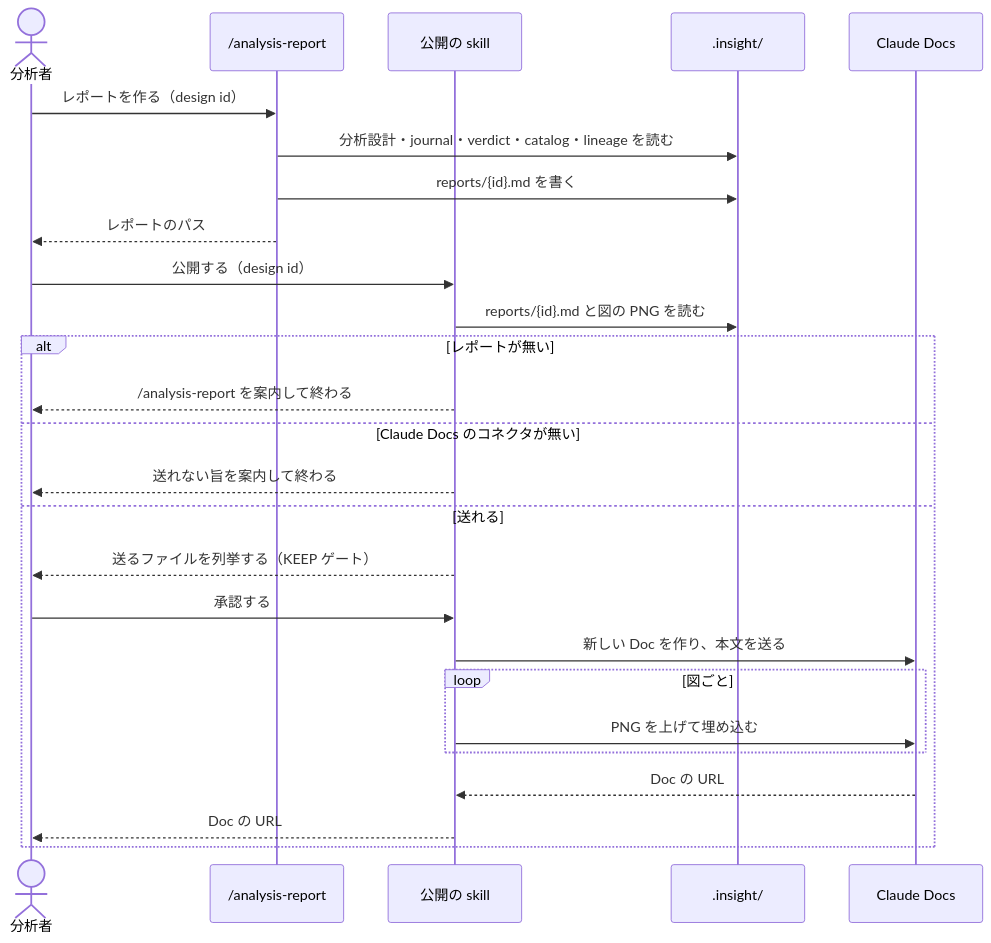
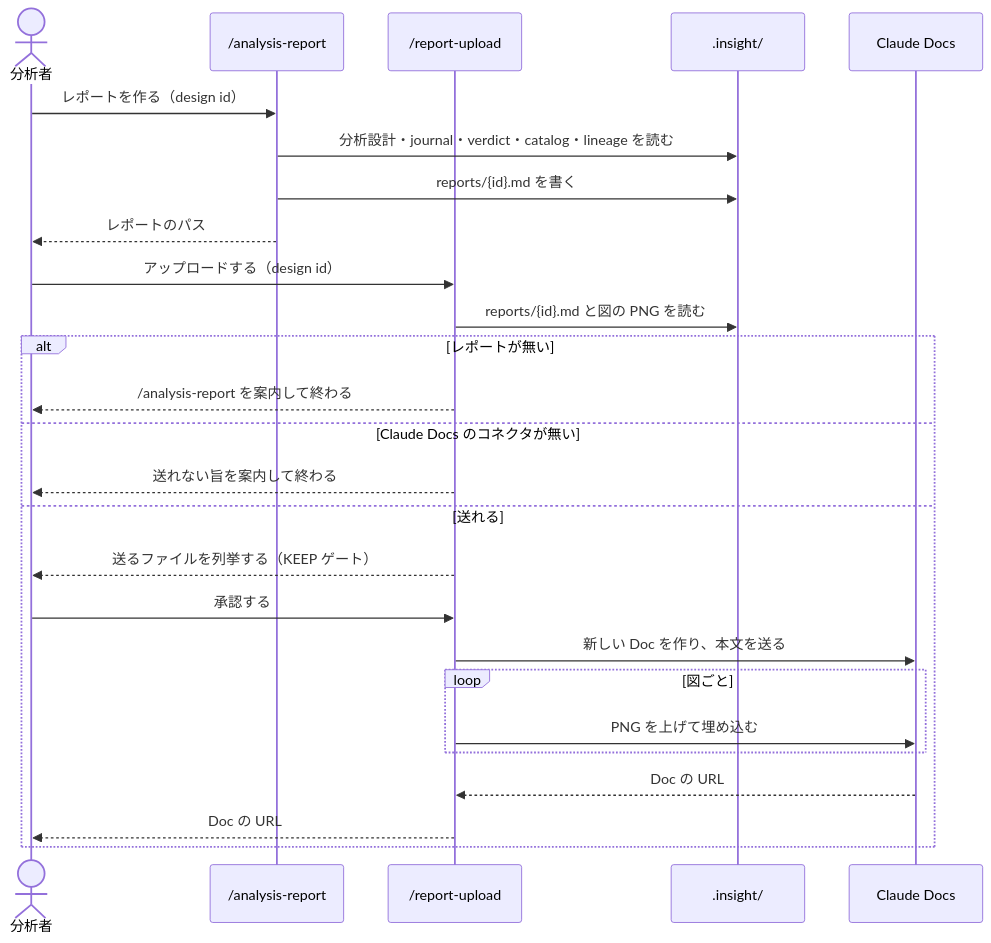
Before and after one commit to etoyama/insight-blueprint-skills: the fourth of 4 diagrams in docs/design/epic-12-decision-ready-report.md, drawn with Mermaid. The commit also changed other lines of this file and 1 other file, not shown here.

Commit message:
docs(#62): skill の名前を /report-upload に決め、US-4 の Story を反映する

````diff
--- a/docs/design/epic-12-decision-ready-report.md
+++ b/docs/design/epic-12-decision-ready-report.md
@@ -262,28 +260,28 @@
 ```mermaid
 sequenceDiagram
     actor A as 分析者
     participant R as /analysis-report
-    participant P as 公開の skill
+    participant P as /report-upload
     participant FS as .insight/
     participant DC as Claude Docs
     A->>R: レポートを作る（design id）
     R->>FS: 分析設計・journal・verdict・catalog・lineage を読む
     R->>FS: reports/{id}.md を書く
     R-->>A: レポートのパス
-    A->>P: 公開する（design id）
+    A->>P: アップロードする（design id）
     P->>FS: reports/{id}.md と図の PNG を読む
     alt レポートが無い
         P-->>A: /analysis-report を案内して終わる
     else Claude Docs のコネクタが無い
         P-->>A: 送れない旨を案内して終わる
     else 送れる
         P-->>A: 送るファイルを列挙する（KEEP ゲート）
         A->>P: 承認する
         P->>DC: 新しい Doc を作り、本文を送る
         loop 図ごと
             P->>DC: PNG を上げて埋め込む
         end
         DC-->>P: Doc の URL
         P-->>A: Doc の URL
     end
 ```
````
